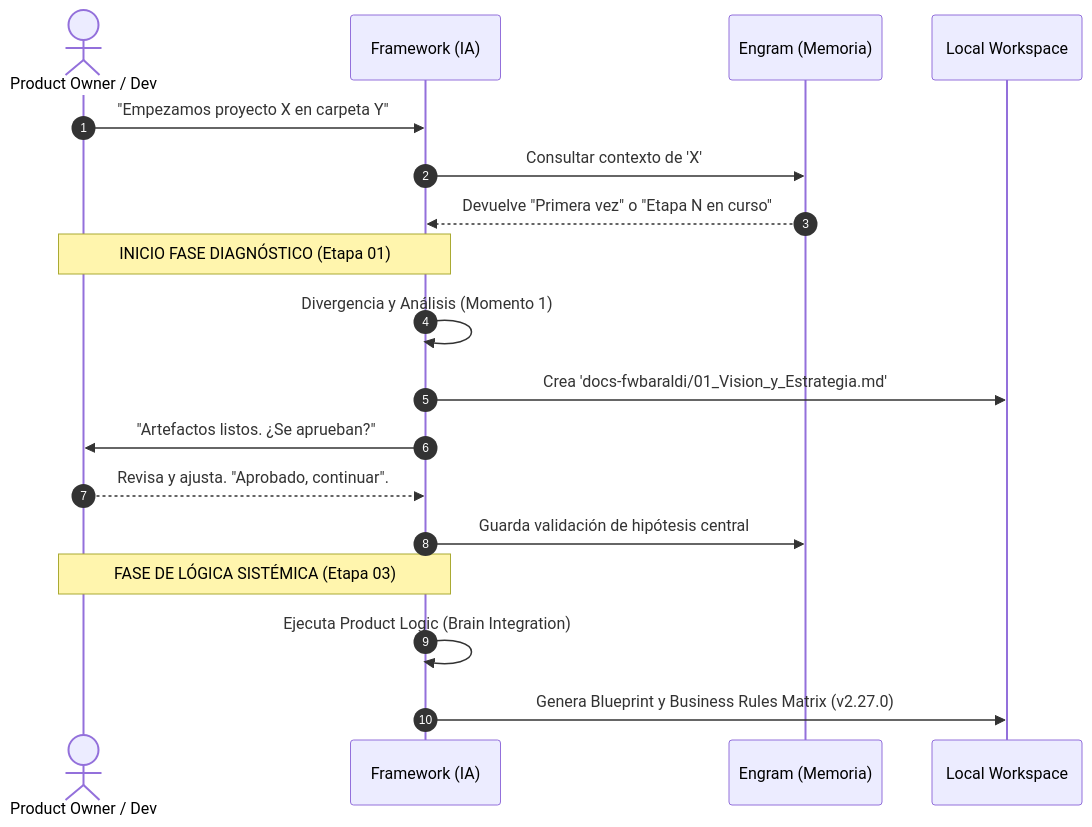
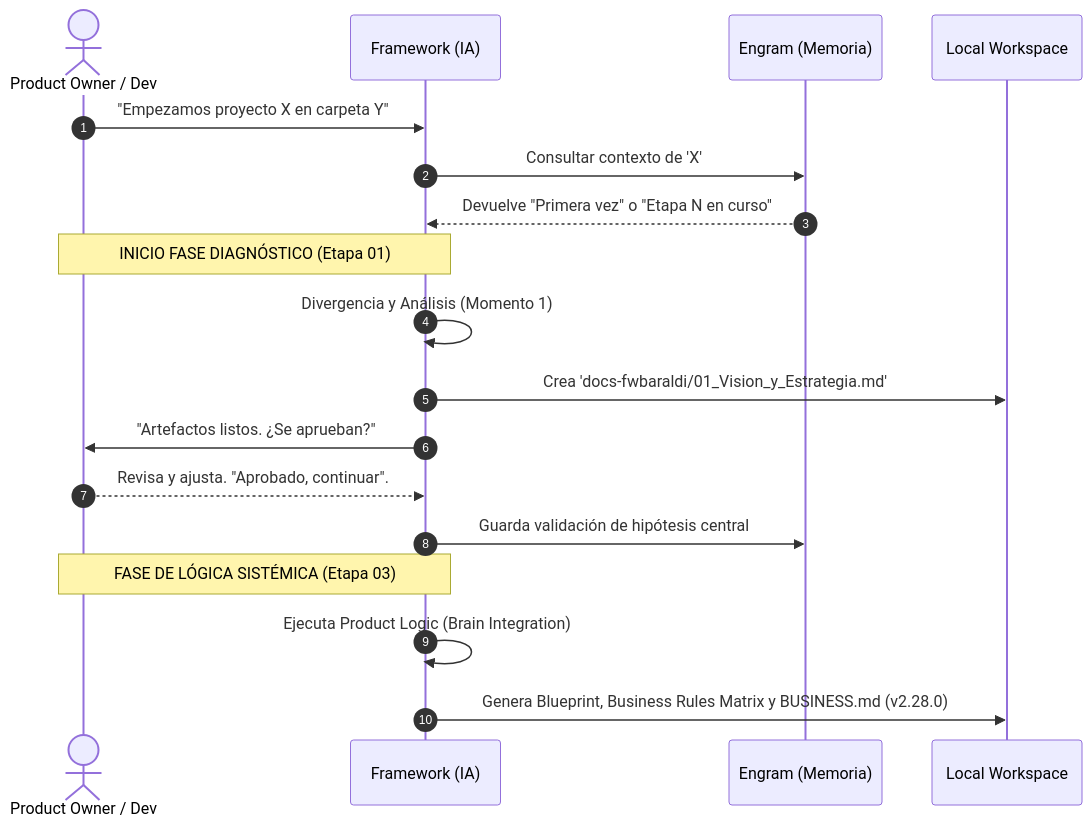
The second of 2 diagrams in ARQUITECTURA_CORE.md (leobaraldi96/fwbaraldi), drawn with Mermaid before and after one commit. The commit also changed other lines of this file and 10 other files, not shown here.

````diff
--- a/ARQUITECTURA_CORE.md
+++ b/ARQUITECTURA_CORE.md
@@ -79,26 +79,26 @@
 ```mermaid
 sequenceDiagram
     autonumber
     actor Humano as Product Owner / Dev
     participant IA as Framework (IA)
     participant E as Engram (Memoria)
     participant FS as Local Workspace
 
     Humano->>IA: "Empezamos proyecto X en carpeta Y"
     IA->>E: Consultar contexto de 'X'
     E-->>IA: Devuelve "Primera vez" o "Etapa N en curso"
     
     note over IA,Humano: INICIO FASE DIAGNÓSTICO (Etapa 01)
     IA->>IA: Divergencia y Análisis (Momento 1)
     
     IA->>FS: Crea 'docs-fwbaraldi/01_Vision_y_Estrategia.md'
     IA->>Humano: "Artefactos listos. ¿Se aprueban?"
     
     Humano-->>IA: Revisa y ajusta. "Aprobado, continuar".
     
     IA->>E: Guarda validación de hipótesis central
     
     note over IA,Humano: FASE DE LÓGICA SISTÉMICA (Etapa 03)
     IA->>IA: Ejecuta Product Logic (Brain Integration)
-    IA->>FS: Genera Blueprint y Business Rules Matrix (v2.27.0)
+    IA->>FS: Genera Blueprint, Business Rules Matrix y BUSINESS.md (v2.28.0)
 ```
````
